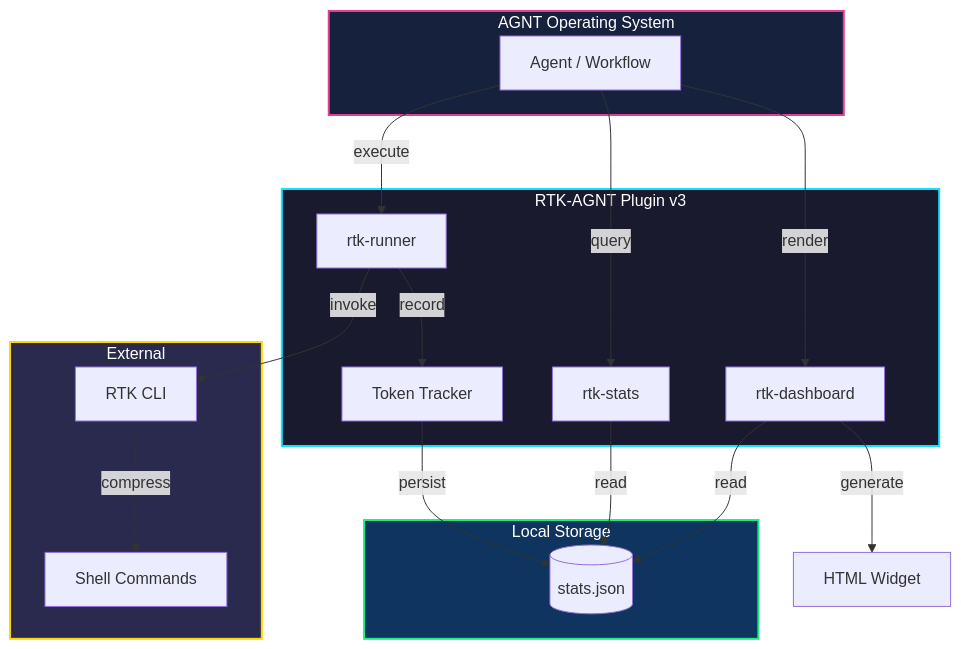
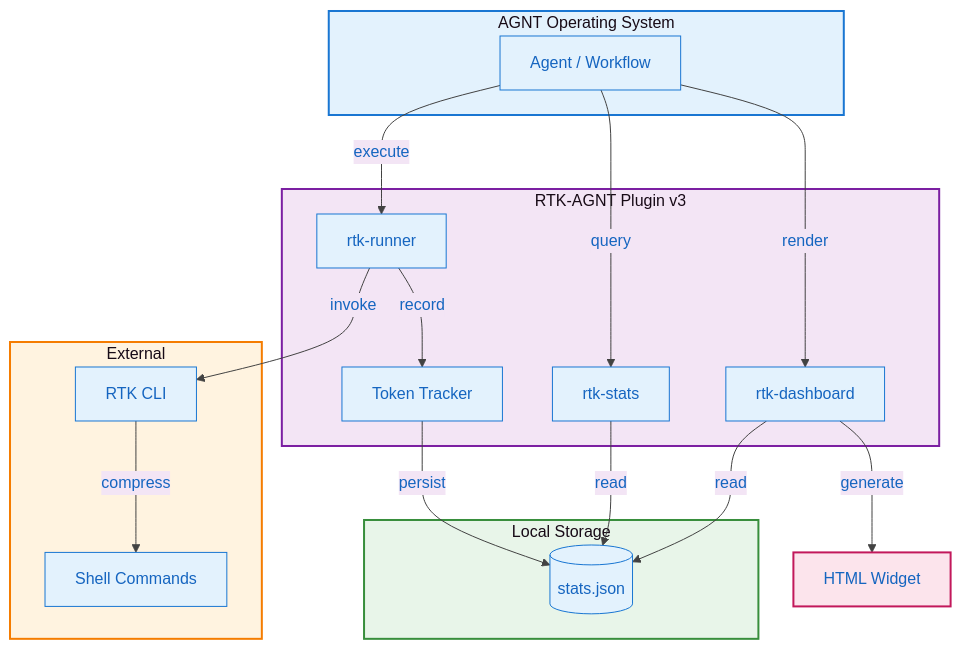
Before and after one commit to unRekable/rtk-agnt-integration: the first of 2 diagrams in README.md, drawn with Mermaid. The commit also changed other lines of this file, not shown here.

Commit message:
feat(v3): README.md

````diff
--- a/README.md
+++ b/README.md
@@ -13,38 +13,40 @@
 ```mermaid
+%%{init: {'theme': 'base', 'themeVariables': { 'primaryColor': '#e3f2fd', 'primaryTextColor': '#1565c0', 'primaryBorderColor': '#1976d2', 'lineColor': '#424242', 'secondaryColor': '#f3e5f5', 'tertiaryColor': '#e8f5e9'}}}%%
 graph TD
     subgraph AGNT["AGNT Operating System"]
         A[Agent / Workflow]
     end
 
     subgraph Plugin["RTK-AGNT Plugin v3"]
         B[rtk-runner]
         C[rtk-stats]
         D[rtk-dashboard]
         F[Token Tracker]
     end
 
     subgraph Persistence["Local Storage"]
         G[(stats.json)]
     end
 
     subgraph External["External"]
         E[RTK CLI]
         H[Shell Commands]
     end
 
     A -->|execute| B
     A -->|query| C
     A -->|render| D
     B -->|invoke| E
     E -->|compress| H
     B -->|record| F
     F -->|persist| G
     C -->|read| G
     D -->|read| G
     D -->|generate| I[HTML Widget]
 
-    style AGNT fill:#16213e,stroke:#e53d8f,stroke-width:2px,color:#fff
-    style Plugin fill:#1a1a2e,stroke:#12e0ff,stroke-width:2px,color:#fff
-    style Persistence fill:#0f3460,stroke:#19ef83,stroke-width:2px,color:#fff
-    style External fill:#2a2a4e,stroke:#ffd700,stroke-width:2px,color:#fff
+    style AGNT fill:#e3f2fd,stroke:#1976d2,stroke-width:2px
+    style Plugin fill:#f3e5f5,stroke:#7b1fa2,stroke-width:2px
+    style Persistence fill:#e8f5e9,stroke:#388e3c,stroke-width:2px
+    style External fill:#fff3e0,stroke:#f57c00,stroke-width:2px
+    style I fill:#fce4ec,stroke:#c2185b,stroke-width:2px
 ```
````
